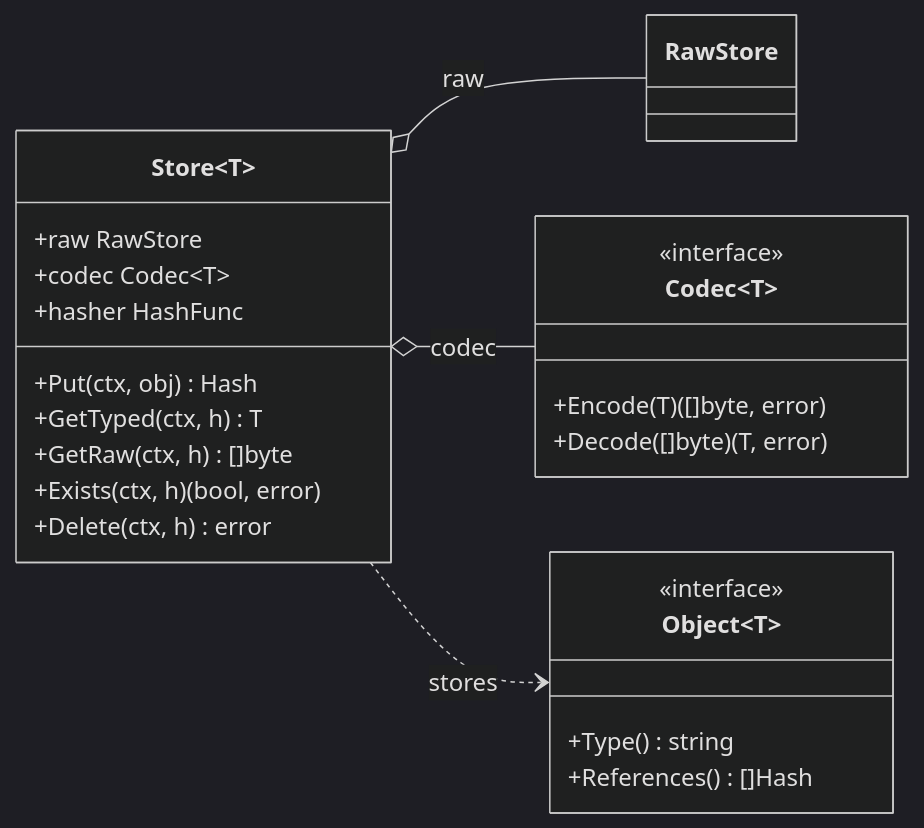
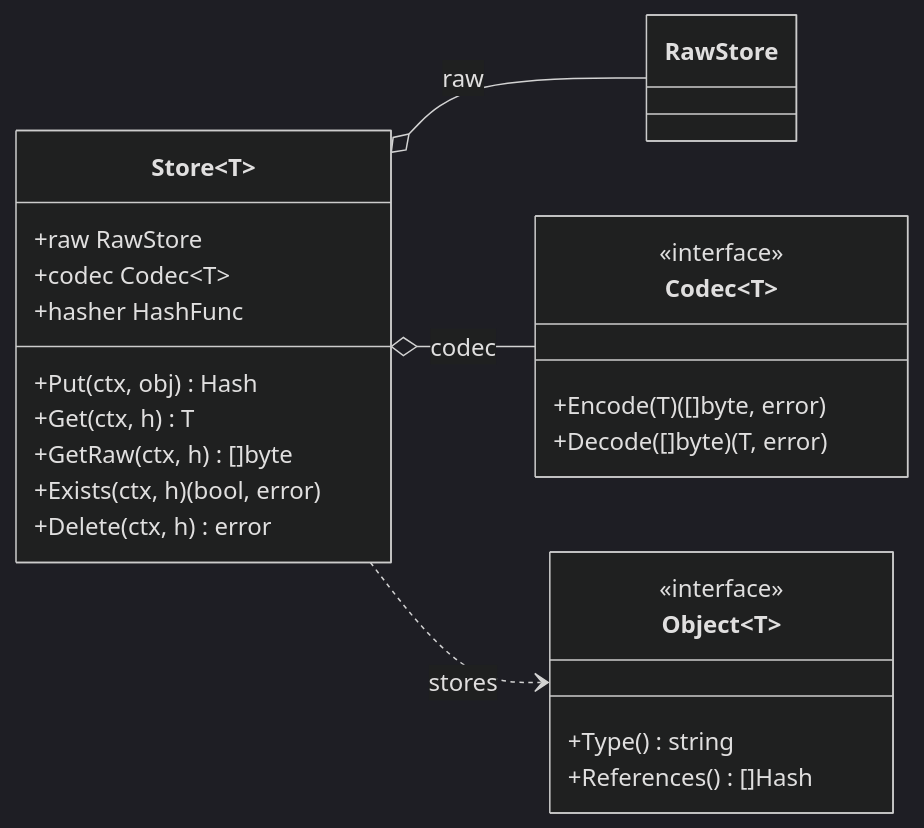
Before and after one commit to dmundt/go-cask: the third of 6 diagrams in .github/instructions/cas-core.instructions.md, drawn with Mermaid (dark theme). The commit also changed other lines of this file and 28 other files, not shown here.

First line of the commit message:
refactor: rename GetTyped to Get; cache proxy accessor is Proxy

````diff
--- a/.github/instructions/cas-core.instructions.md
+++ b/.github/instructions/cas-core.instructions.md
@@ -264,27 +263,27 @@
 ```mermaid
 classDiagram
     direction LR
     class Object~T~ {
         <<interface>>
         +Type() string
         +References() []Hash
     }
     class Codec~T~ {
         <<interface>>
         +Encode(T) ([]byte, error)
         +Decode([]byte) (T, error)
     }
     class Store~T~ {
         +raw RawStore
         +codec Codec~T~
         +hasher HashFunc
         +Put(ctx, obj) Hash
-        +GetTyped(ctx, h) T
+        +Get(ctx, h) T
         +GetRaw(ctx, h) []byte
         +Exists(ctx, h) (bool, error)
         +Delete(ctx, h) error
     }
     Store~T~ o-- RawStore : raw
     Store~T~ o-- Codec~T~ : codec
     Store~T~ ..> Object~T~ : stores
 ```
````
